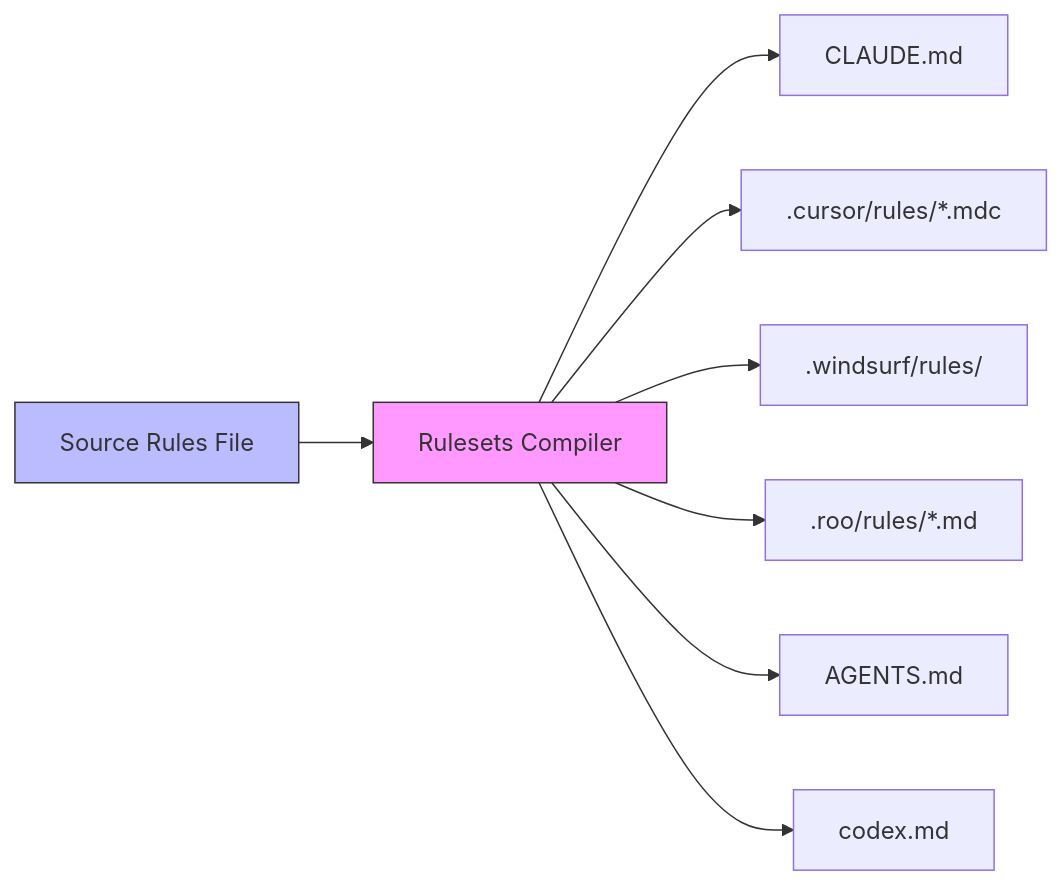
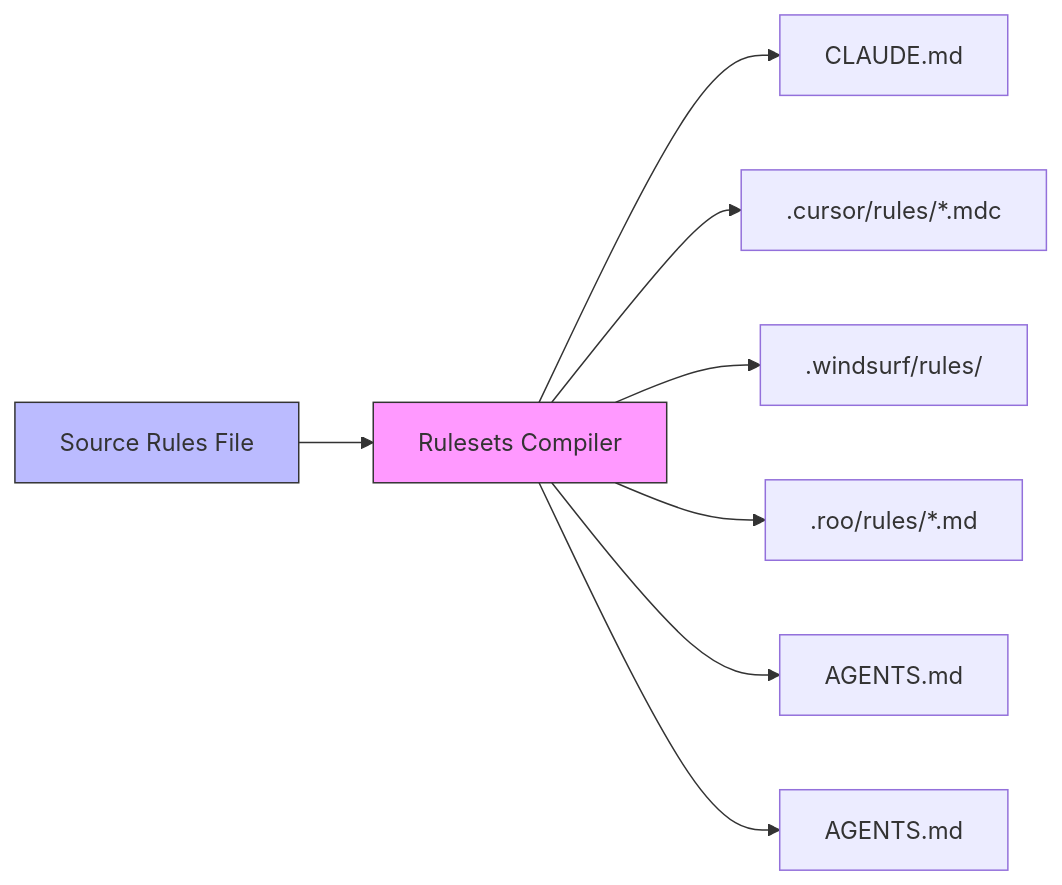
Before and after one commit to outfitter-dev/rulesets: the fifth of 6 diagrams in docs/rules-overview.md, drawn with Mermaid. The commit also changed other lines of this file and 7 other files, not shown here.

First line of the commit message:
feat: consolidate OpenAI Codex CLI and AGENTS into unified OpenAI Codex provider

````diff
--- a/docs/rules-overview.md
+++ b/docs/rules-overview.md
@@ -192,13 +189,13 @@
 ```mermaid
 flowchart LR
     A[Source Rules File] --> B[Rulesets Compiler]
     B --> C[CLAUDE.md]
     B --> D[.cursor/rules/*.mdc]
     B --> E[.windsurf/rules/]
     B --> F[.roo/rules/*.md]
     B --> G[AGENTS.md]
-    B --> H[codex.md]
+    B --> H[AGENTS.md]
 
     style A fill:#bbf,stroke:#333
     style B fill:#f9f,stroke:#333
 ```
````
